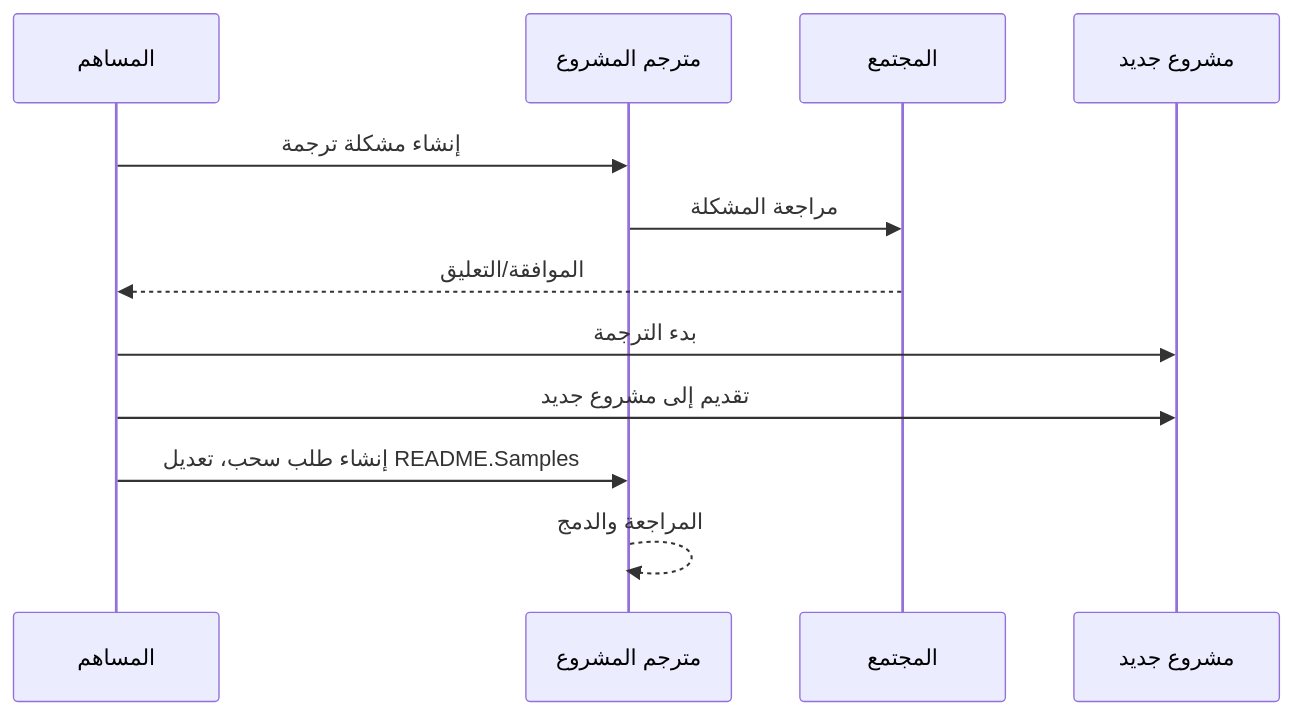
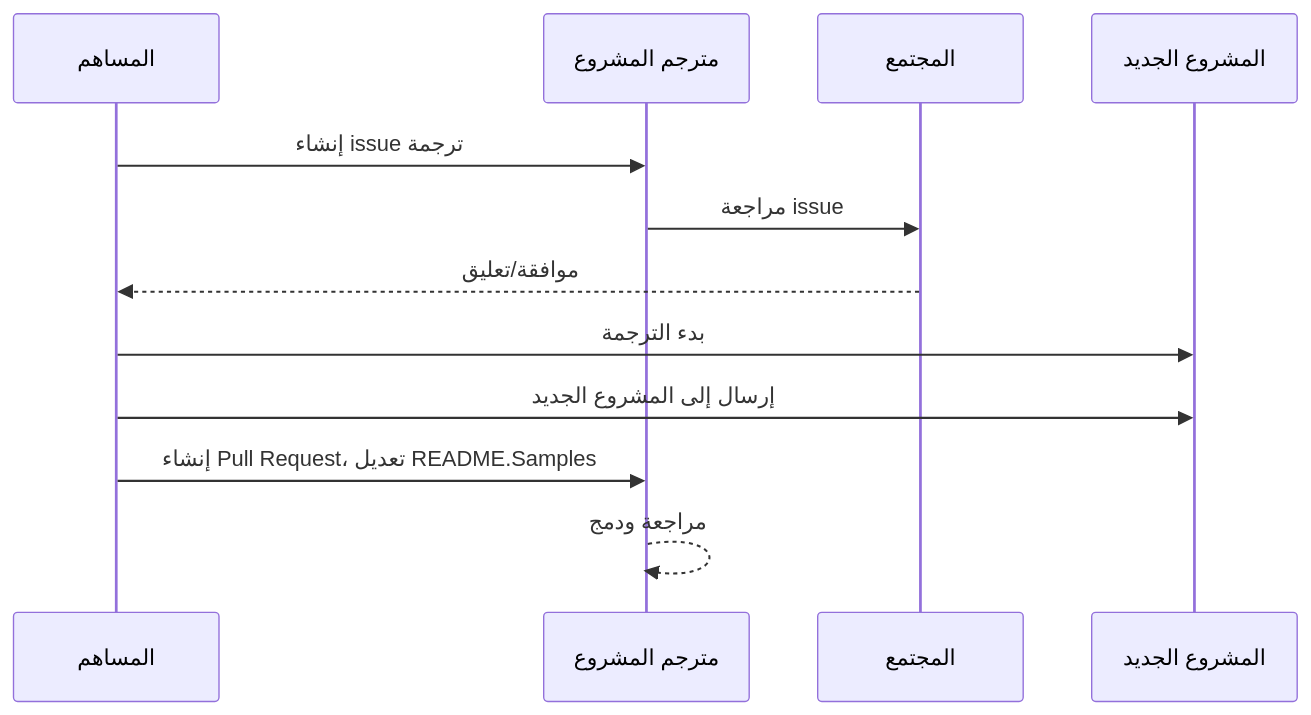
One commit to Project-Translation/project_translator changed the diagram in readmes/README.ar-sa.md. Above: the diagram before and after it, drawn with Mermaid. The commit also changed other lines of this file and 22 other files, not shown here.

````diff
--- a/readmes/README.ar-sa.md
+++ b/readmes/README.ar-sa.md
@@ -63,10 +64,10 @@
 ```mermaid
 sequenceDiagram
-  المساهم->>مترجم المشروع: إنشاء مشكلة ترجمة
-  مترجم المشروع->>المجتمع: مراجعة المشكلة
-  المجتمع-->>المساهم: الموافقة/التعليق
-  المساهم->>مشروع جديد: بدء الترجمة
-  المساهم->>مشروع جديد: تقديم إلى مشروع جديد
-  المساهم->>مترجم المشروع: إنشاء طلب سحب، تعديل README.Samples
-  مترجم المشروع-->>مترجم المشروع: المراجعة والدمج
+  المساهم->>مترجم المشروع: إنشاء issue ترجمة
+  مترجم المشروع->>المجتمع: مراجعة issue
+  المجتمع-->>المساهم: موافقة/تعليق
+  المساهم->>المشروع الجديد: بدء الترجمة
+  المساهم->>المشروع الجديد: إرسال إلى المشروع الجديد
+  المساهم->>مترجم المشروع: إنشاء Pull Request، تعديل README.Samples
+  مترجم المشروع-->>مترجم المشروع: مراجعة ودمج
 ```
````
